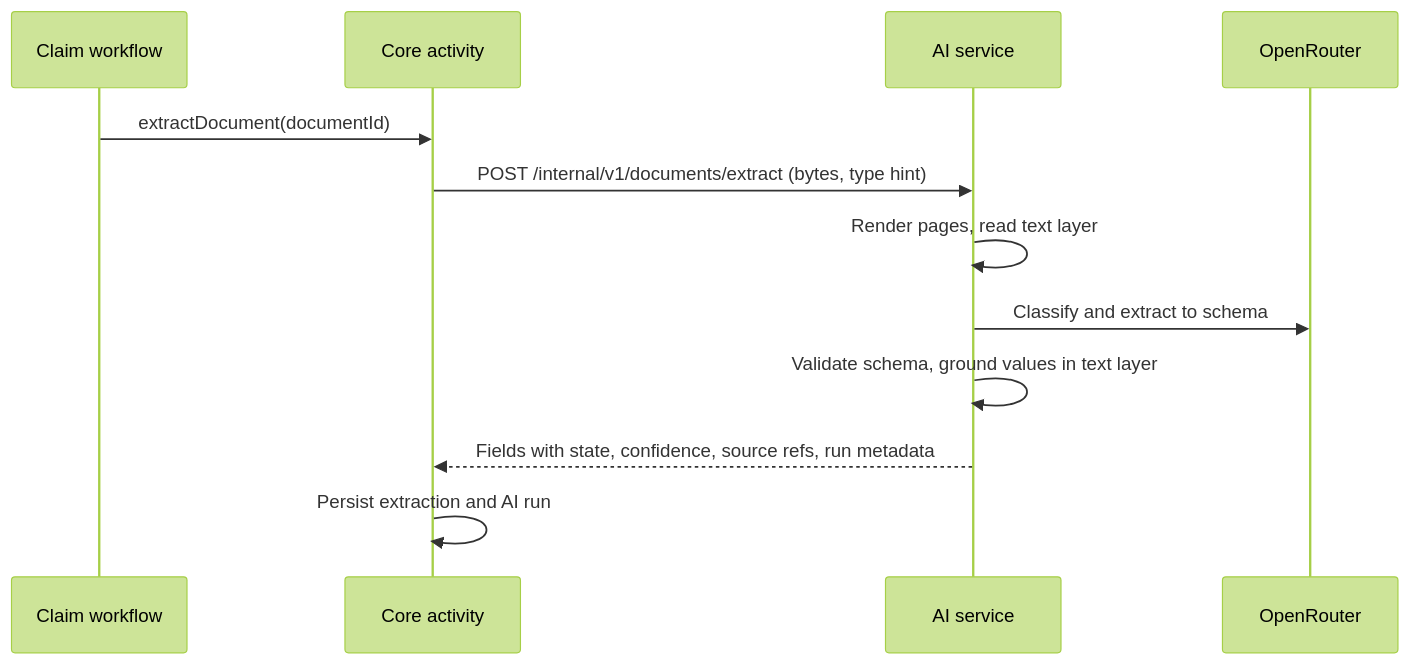
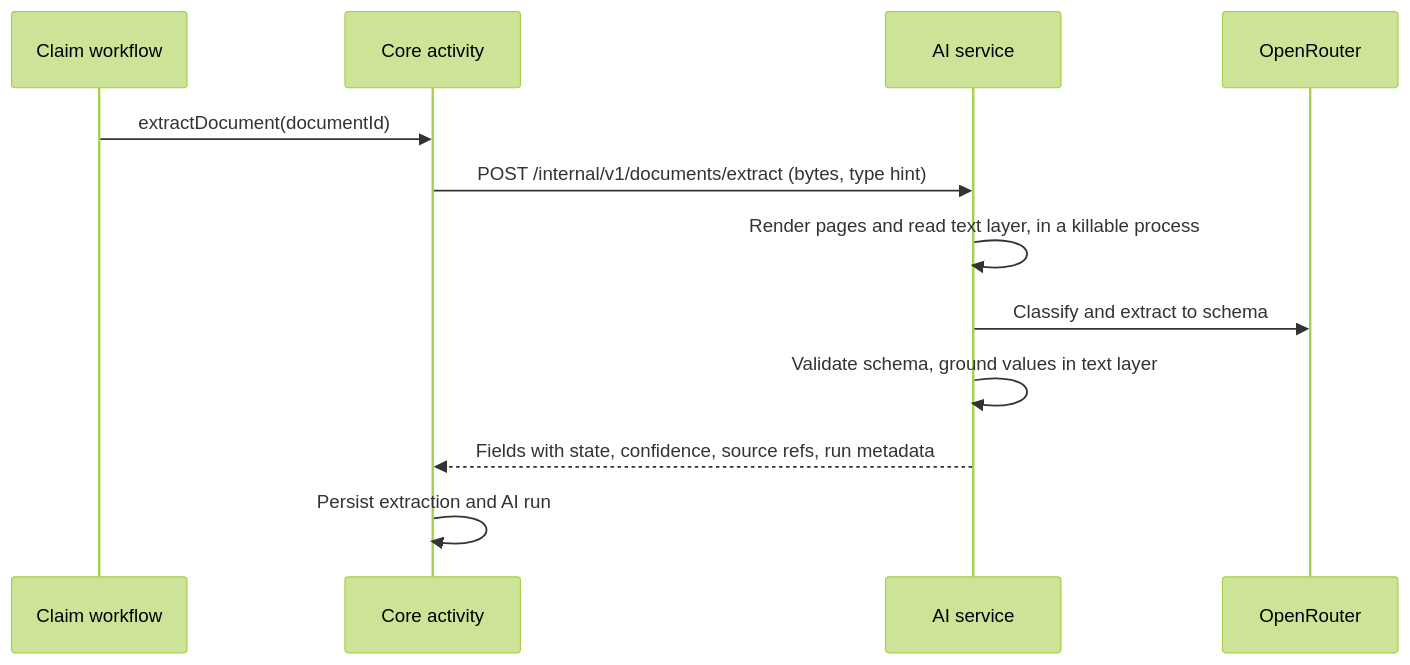
The third of 10 diagrams in docs/system-flows.md (vsanishb/prism), drawn with Mermaid (forest theme) before and after one commit. The commit also changed 17 other files, not shown here.

````diff
--- a/docs/system-flows.md
+++ b/docs/system-flows.md
@@ -63,14 +63,14 @@
 ```mermaid
 sequenceDiagram
     participant W as Claim workflow
     participant C as Core activity
     participant A as AI service
     participant O as OpenRouter
     W->>C: extractDocument(documentId)
     C->>A: POST /internal/v1/documents/extract (bytes, type hint)
-    A->>A: Render pages, read text layer
+    A->>A: Render pages and read text layer, in a killable process
     A->>O: Classify and extract to schema
     A->>A: Validate schema, ground values in text layer
     A-->>C: Fields with state, confidence, source refs, run metadata
     C->>C: Persist extraction and AI run
 ```
````
